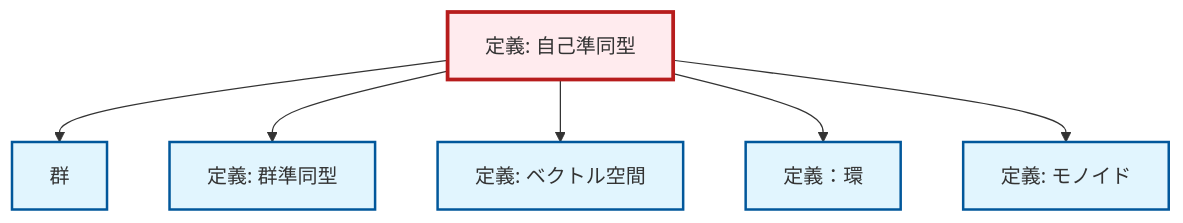
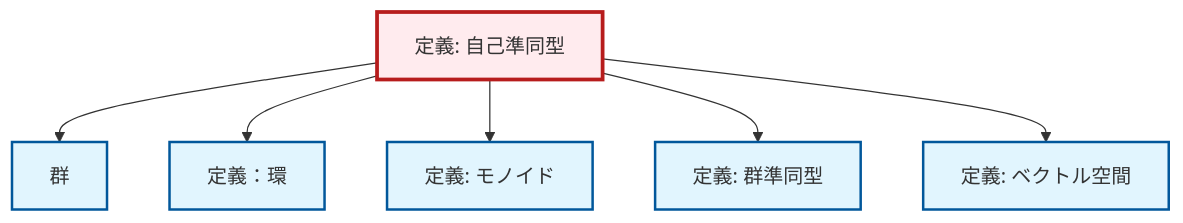
The diagram in content/ja/algebra/def-endomorphism.qmd (RK0429/ModernMath), drawn with Mermaid before and after one commit. The commit also changed 672 other files, not shown here.

````diff
--- a/content/ja/algebra/def-endomorphism.qmd
+++ b/content/ja/algebra/def-endomorphism.qmd
@@ -90,26 +90,26 @@
 ```{mermaid}
-%%| fig-cap: "Local dependency graph"
+%%| fig-cap: "ローカル依存関係グラフ"
 graph TD
     classDef definition fill:#e1f5fe,stroke:#01579b,stroke-width:2px
     classDef theorem fill:#f3e5f5,stroke:#4a148c,stroke-width:2px
     classDef axiom fill:#fff3e0,stroke:#e65100,stroke-width:2px
     classDef example fill:#e8f5e9,stroke:#1b5e20,stroke-width:2px
     classDef current fill:#ffebee,stroke:#b71c1c,stroke-width:3px
+    def-monoid["定義: モノイド"]:::definition
     def-endomorphism["定義: 自己準同型"]:::definition
+    def-homomorphism["定義: 群準同型"]:::definition
     def-ring["定義：環"]:::definition
+    def-group["群"]:::definition
     def-vector-space["定義: ベクトル空間"]:::definition
-    def-monoid["定義: モノイド"]:::definition
-    def-homomorphism["定義: 群準同型"]:::definition
-    def-group["群"]:::definition
     def-endomorphism --> def-group
+    def-endomorphism --> def-ring
+    def-endomorphism --> def-monoid
     def-endomorphism --> def-homomorphism
     def-endomorphism --> def-vector-space
-    def-endomorphism --> def-ring
-    def-endomorphism --> def-monoid
     class def-endomorphism current
-    click def-ring "def-ring.html" "定義：環へ"
-    click def-vector-space "def-vector-space.html" "ベクトル空間の定義へ"
     click def-monoid "def-monoid.html" "モノイドの定義へ"
     click def-homomorphism "def-homomorphism.html" "群準同型の定義へ"
+    click def-ring "def-ring.html" "定義：環へ"
     click def-group "def-group.html" "群へ"
+    click def-vector-space "def-vector-space.html" "ベクトル空間の定義へ"
 ```
````
